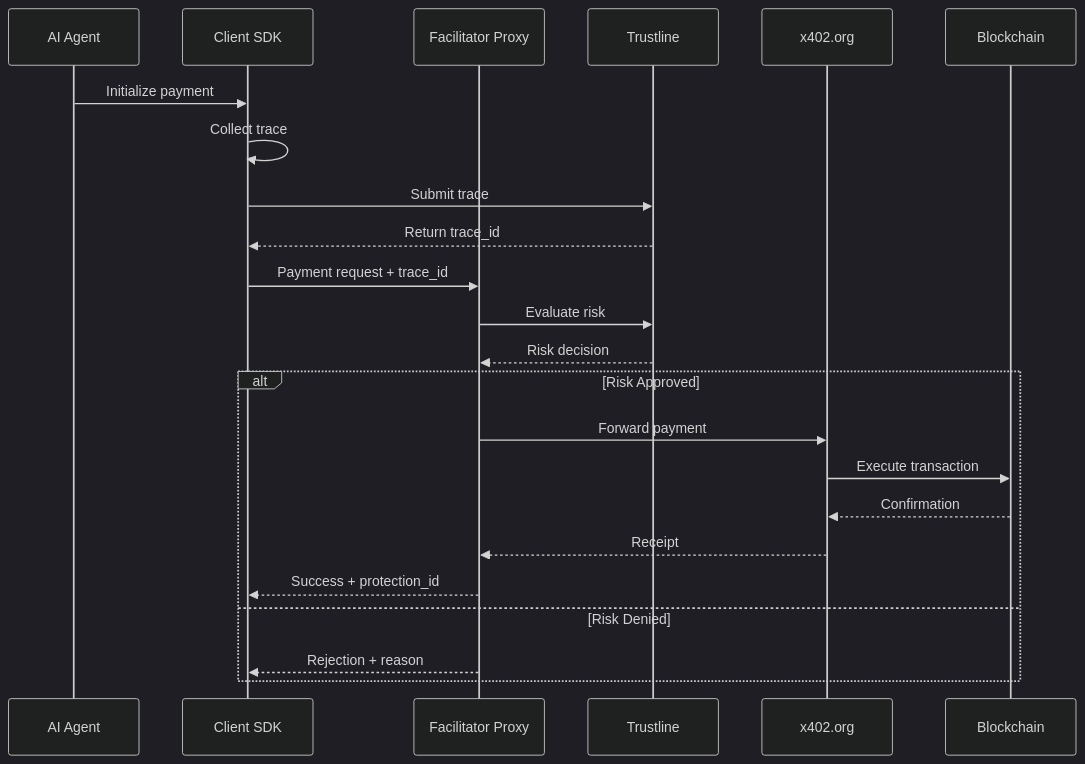
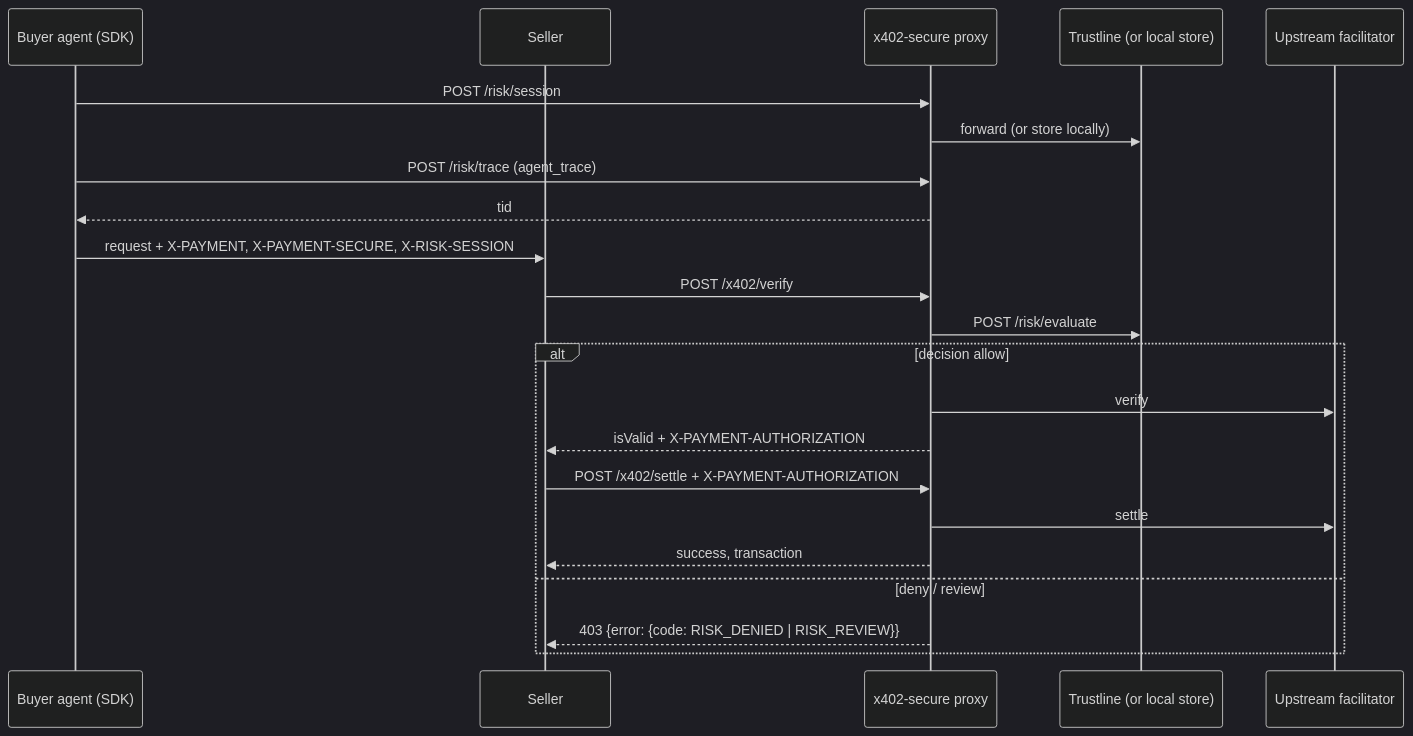
The second of 2 diagrams in docs/DEVELOPMENT.md (t54-labs/x402-secure), drawn with Mermaid (dark theme) before and after one commit. The commit also changed other lines of this file and 19 other files, not shown here.

First line of the commit message:
docs: correct integration guides, proxy README, payment spec and OpenAPI against the code

````diff
--- a/docs/DEVELOPMENT.md
+++ b/docs/DEVELOPMENT.md
@@ -45,28 +43,25 @@
 ```mermaid
 sequenceDiagram
-    participant Agent as AI Agent
-    participant SDK as Client SDK
-    participant Proxy as Facilitator Proxy
-    participant Risk as Trustline
-    participant X402 as x402.org
-    participant Chain as Blockchain
+    participant Agent as Buyer agent (SDK)
+    participant Seller
+    participant Proxy as x402-secure proxy
+    participant Risk as Trustline (or local store)
+    participant Fac as Upstream facilitator
 
-    Agent->>SDK: Initialize payment
-    SDK->>SDK: Collect trace
-    SDK->>Risk: Submit trace
-    Risk-->>SDK: Return trace_id
-
-    SDK->>Proxy: Payment request + trace_id
-    Proxy->>Risk: Evaluate risk
-    Risk-->>Proxy: Risk decision
-
-    alt Risk Approved
-        Proxy->>X402: Forward payment
-        X402->>Chain: Execute transaction
-        Chain-->>X402: Confirmation
-        X402-->>Proxy: Receipt
-        Proxy-->>SDK: Success + protection_id
-    else Risk Denied
-        Proxy-->>SDK: Rejection + reason
+    Agent->>Proxy: POST /risk/session
+    Proxy->>Risk: forward (or store locally)
+    Agent->>Proxy: POST /risk/trace (agent_trace)
+    Proxy-->>Agent: tid
+    Agent->>Seller: request + X-PAYMENT, X-PAYMENT-SECURE, X-RISK-SESSION
+    Seller->>Proxy: POST /x402/verify
+    Proxy->>Risk: POST /risk/evaluate
+    alt decision allow
+        Proxy->>Fac: verify
+        Proxy-->>Seller: isValid + X-PAYMENT-AUTHORIZATION
+        Seller->>Proxy: POST /x402/settle + X-PAYMENT-AUTHORIZATION
+        Proxy->>Fac: settle
+        Proxy-->>Seller: success, transaction
+    else deny / review
+        Proxy-->>Seller: 403 {error: {code: RISK_DENIED | RISK_REVIEW}}
     end
 ```
````
